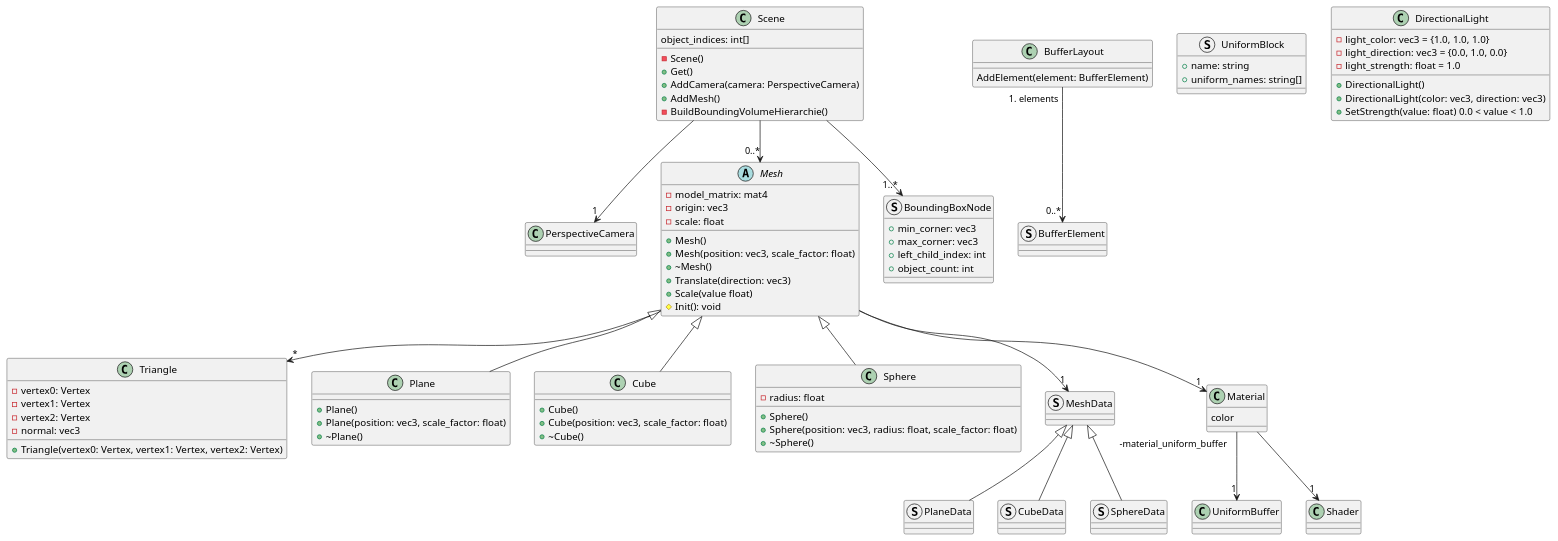
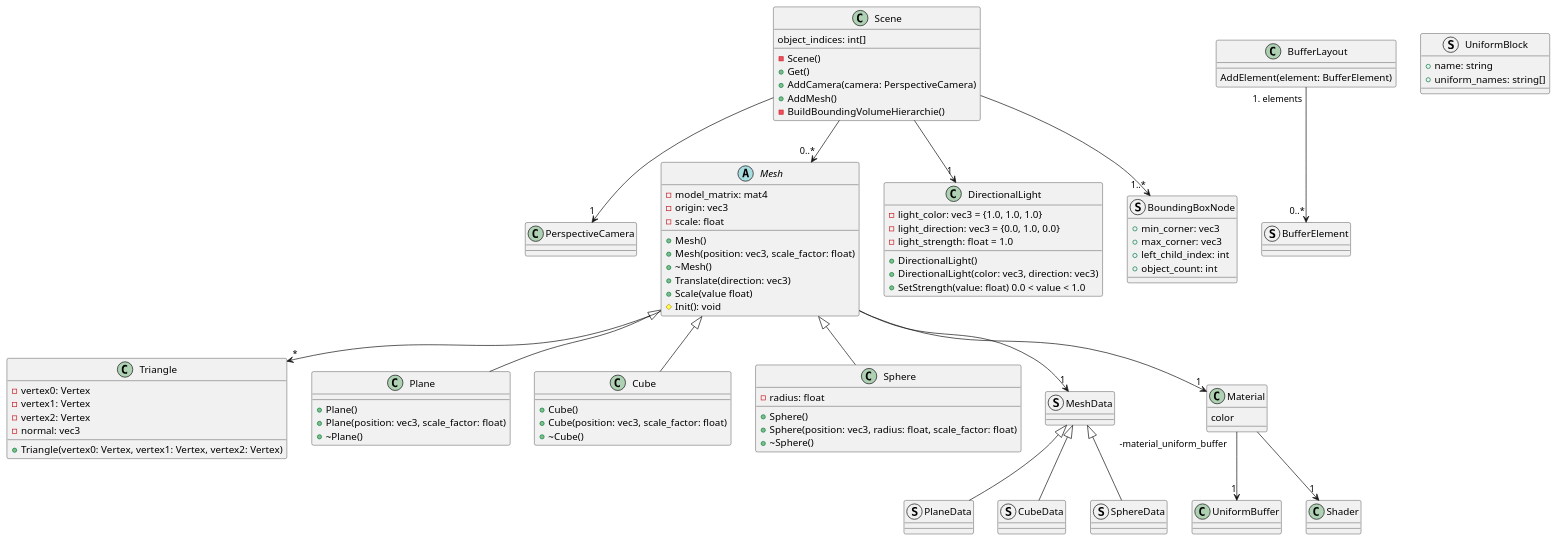
One commit to wolfel1/Raytracy changed the diagram in docs/renderer/src/classes.puml. Above: the diagram before and after it, drawn with PlantUML. The commit also changed 4 other files, not shown here.

Commit message:
add Directional light

```diff
--- a/docs/renderer/src/classes.puml
+++ b/docs/renderer/src/classes.puml
@@ -1,103 +1,104 @@
 @startuml renderer_classes
 class Scene
 Scene : object_indices: int[]
 Scene : -Scene()
 Scene : +Get()
 Scene : +AddCamera(camera: PerspectiveCamera)
 Scene : +AddMesh()
 Scene : -BuildBoundingVolumeHierarchie()
 
 Scene --> "1" PerspectiveCamera
 Scene --> "0..*" Mesh
+Scene --> "1" DirectionalLight
 
 class PerspectiveCamera
 
 struct BoundingBoxNode
 BoundingBoxNode : +min_corner: vec3
 BoundingBoxNode : +max_corner: vec3
 BoundingBoxNode : +left_child_index: int
 BoundingBoxNode : +object_count: int
 
 Scene --> "1..*" BoundingBoxNode
 
 abstract Mesh
 Mesh : -model_matrix: mat4
 Mesh : -origin: vec3
 Mesh : -scale: float
 Mesh : +Mesh()
 Mesh : +Mesh(position: vec3, scale_factor: float)
 Mesh : +\~Mesh()
 Mesh : +Translate(direction: vec3)
 Mesh : +Scale(value float)
 Mesh : #Init(): void
 
 class Triangle
 Triangle : -vertex0: Vertex
 Triangle : -vertex1: Vertex
 Triangle : -vertex2: Vertex
 Triangle : -normal: vec3
 Triangle : +Triangle(vertex0: Vertex, vertex1: Vertex, vertex2: Vertex)
 
 Mesh --> "*" Triangle
 
 class Plane
 Plane : +Plane()
 Plane : +Plane(position: vec3, scale_factor: float)
 Plane : +\~Plane()
 
 class Cube
 Cube : +Cube()
 Cube : +Cube(position: vec3, scale_factor: float)
 Cube : +\~Cube()
 
 class Sphere
 Sphere : -radius: float
 Sphere : +Sphere()
 Sphere : +Sphere(position: vec3, radius: float, scale_factor: float)
 Sphere : +\~Sphere()
 
 struct MeshData
 
 struct PlaneData
 
 struct CubeData
 
 struct SphereData
 
 struct BufferElement
 
 class BufferLayout
 BufferLayout : AddElement(element: BufferElement)
 
 struct UniformBlock
 UniformBlock : +name: string
 UniformBlock : +uniform_names: string[]
 
 BufferLayout "#elements" --> "0..*" BufferElement
 
 class UniformBuffer
 
 class DirectionalLight
 DirectionalLight : -light_color: vec3 = {1.0, 1.0, 1.0}
 DirectionalLight : -light_direction: vec3 = {0.0, 1.0, 0.0}
 DirectionalLight : -light_strength: float = 1.0
 DirectionalLight : +DirectionalLight()
 DirectionalLight : +DirectionalLight(color: vec3, direction: vec3)
 DirectionalLight : +SetStrength(value: float) 0.0 < value < 1.0
 
 class Material
 Material : color
 
 Material --> "1" Shader
 Material "-material_uniform_buffer" --> "1" UniformBuffer
 
 Mesh --> "1" MeshData
 Mesh --> "1" Material
 MeshData <|-- PlaneData
 MeshData <|-- CubeData
 MeshData <|-- SphereData
 
 Mesh <|-- Plane
 Mesh <|-- Cube
 Mesh <|-- Sphere
 @enduml
```
